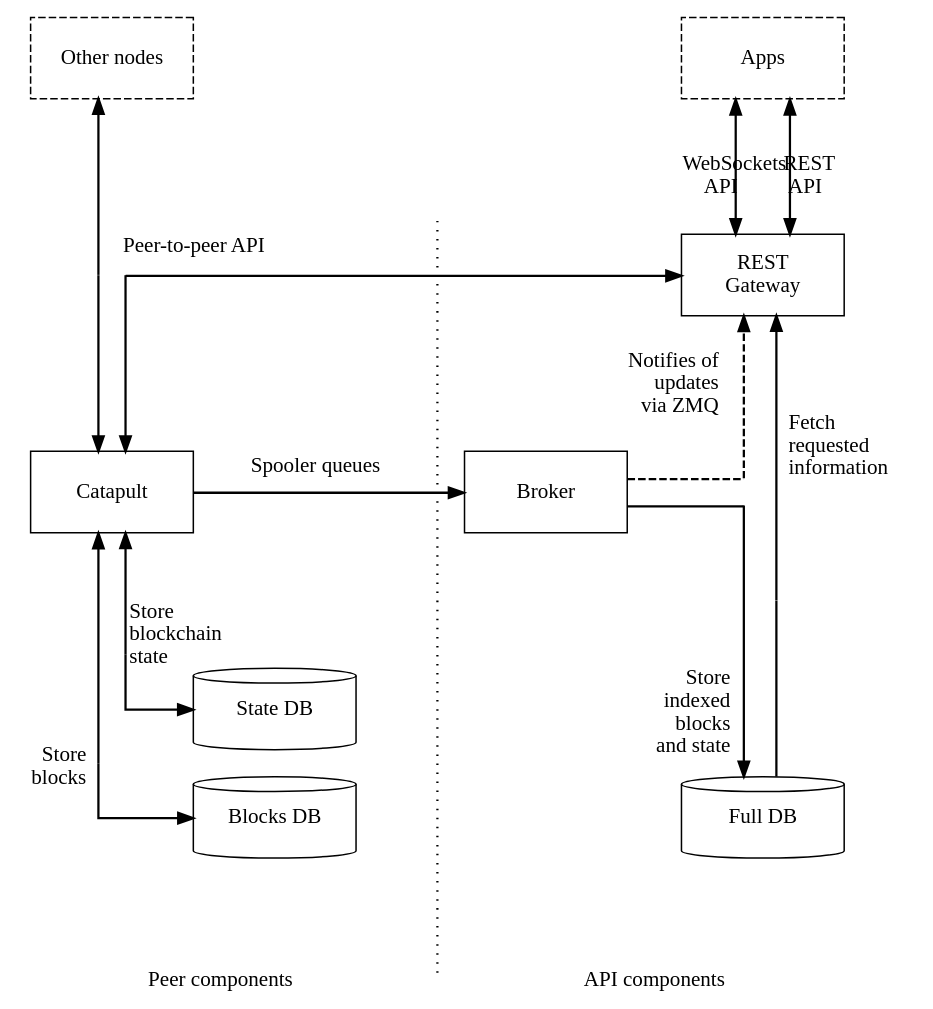
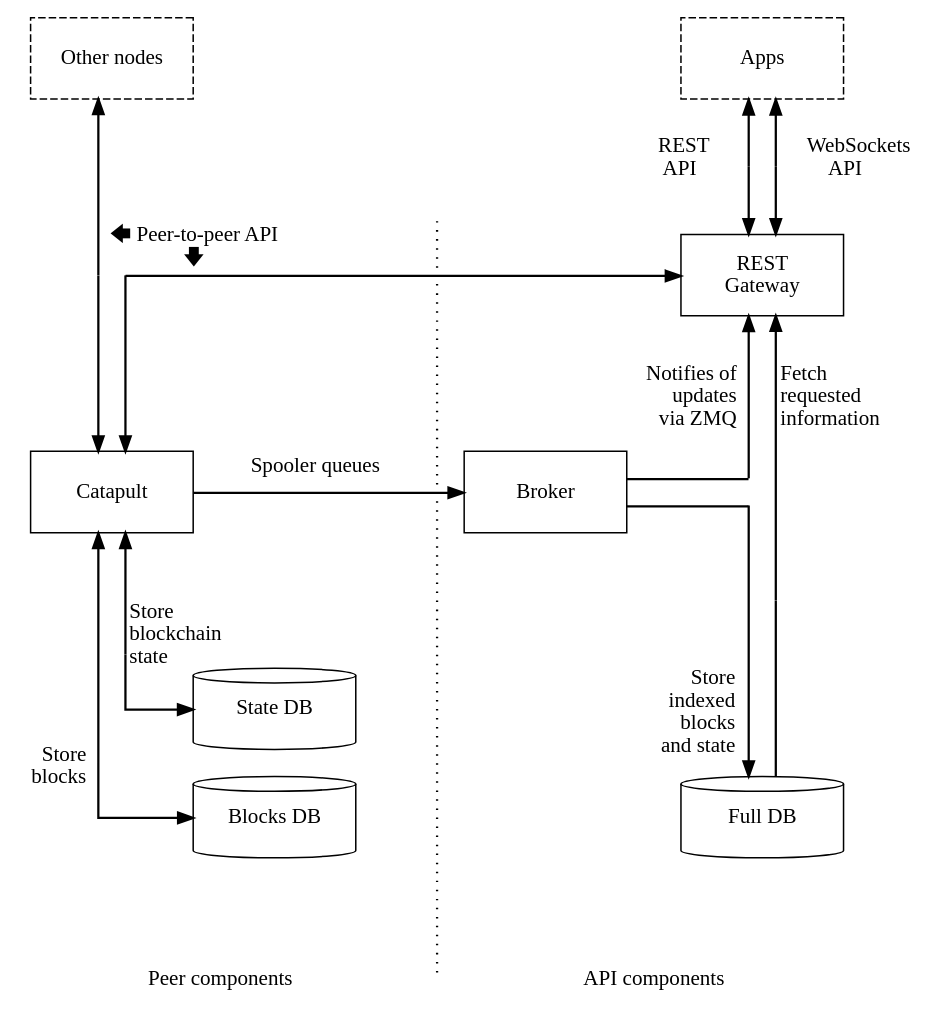
One commit to symbol/symbol changed the first of 2 diagrams in mkdocs/pages/en/textbook/nodes.md. Above: the diagram before and after it, drawn with Graphviz. The commit also changed 1 other file, not shown here.

Commit message:
[mkdocs] fix: reviewer feedback on the textbook

````diff
--- a/mkdocs/pages/en/textbook/nodes.md
+++ b/mkdocs/pages/en/textbook/nodes.md
@@ -21,56 +21,60 @@
 ```dot
 digraph SymbolNode {
     layout=neato;
     splines=ortho;
     node [shape=box width=1.5 height=0.75];
     edge [penwidth=1.5]
 
     // External labels
     OtherNodes [label="Other nodes" style=dashed fillcolor=transparent pos="0,6.5!"];
     Clients    [label="Apps" style=dashed fillcolor=transparent pos="6,6.5!"];
 
     // Core components
     Catapult   [label="Catapult" pos="0,2.5!" URL="#catapult"];
     REST       [label="REST\nGateway" pos="6,4.5!" URL="#rest-gateway"];
     RocksDB    [label="State DB" pos="1.5,0.5!" shape=cylinder URL="#state-database"];
     Disk       [label="Blocks DB" pos="1.5,-0.5!" shape=cylinder URL="#blocks-database"];
     MongoDB    [label="Full DB" pos="6,-0.5!" shape=cylinder URL="#full-database"];
     Broker     [label="Broker" pos="4,2.5!" URL="#broker"];
 
     // Waypoints
     OtherNodesWP [shape=point width=0 pos="-0.125,4.5!"]
     OtherNodesWP2 [shape=point width=0 pos="0.125,4.5!"]
     RocksDBWP  [shape=point width=0 pos="0.125,1!"];
     DiskWP     [shape=point width=0 pos="-0.125,0!"];
-    MongoDBWP  [shape=point width=0 pos="5.825,2.375!"];
-    RESTWP     [shape=point width=0 pos="5.825,2.625!"];
+    MongoDBWP  [shape=point width=0 pos="5.875,2.375!"];
+    RESTWP     [shape=point width=0 pos="5.875,2.625!"];
     RESTWP2    [shape=point width=0 pos="6.125,1.5!"];
+    ClientsWP1 [shape=point width=0 pos="5.875,5.5!"]
+    ClientsWP2 [shape=point width=0 pos="6.125,5.5!"]
 
     // External
-    OtherNodesWP -> Catapult [headlabel="Peer-to-peer API" labelangle=-25 labeldistance=15];
+    OtherNodesWP -> Catapult [headlabel="🡄 Peer-to-peer API\n🡇" labelangle=-25 labeldistance=15];
     OtherNodesWP -> OtherNodes;
-    REST -> Clients [dir=both headlabel="REST\rAPI" labelangle=-50 labeldistance=6];
-    REST -> Clients [dir=both headlabel="WebSockets\rAPI" labelangle=50 labeldistance=6];
+    ClientsWP1 -> Clients [headlabel="REST\rAPI" labelangle=-50 labeldistance=6];
+    ClientsWP1 -> REST;
+    ClientsWP2 -> Clients [headlabel="WebSockets\rAPI" labelangle=50 labeldistance=6];
+    ClientsWP2 -> REST;
 
     // Internal
     OtherNodesWP2 -> REST;
     OtherNodesWP2 -> Catapult;
     Catapult -> RocksDBWP:s [dir=back];
     Catapult -> Broker [headlabel="Spooler queues" labelangle=-10 labeldistance=10];
     RocksDBWP -> RocksDB [headlabel="Store\lblockchain\lstate\l" labelangle=-85 labeldistance=5];
     Catapult -> DiskWP:s [dir=back];
     DiskWP:w -> Disk [headlabel="Store\rblocks\r" labelangle=-20 labeldistance=10];
     Broker -> MongoDBWP [dir=none];
     MongoDBWP:n -> MongoDB [headlabel="Store\rindexed\rblocks\rand state\r" labelangle=45 labeldistance=6];
-    Broker -> RESTWP [dir=none style=dashed];
-    RESTWP -> REST [headlabel="Notifies of\rupdates\rvia ZMQ\r" style=dashed labelangle=-50 labeldistance=7 URL="#zero-mq"];
+    Broker -> RESTWP [dir=none];
+    RESTWP -> REST [headlabel="Notifies of\rupdates\rvia ZMQ\r" labelangle=-40 labeldistance=7 URL="#zero-mq"];
     MongoDB -> RESTWP2 [dir=none];
-    RESTWP2 -> REST [headlabel="Fetch\lrequested\linformation\l" labelangle=30 labeldistance=10];
+    RESTWP2 -> REST [headlabel="Fetch\lrequested\linformation\l" labelangle=40 labeldistance=7];
 
     MidWP1     [shape=point width=0 pos="3,5!"];
     MidWP2     [shape=point width=0 pos="3,-2!"];
     MidWP1 -> MidWP2 [dir=none style=dotted];
     PeerLabel  [label="Peer components" shape=plain pos="1,-2!"]
     RESTLabel  [label="API components" shape=plain pos="5,-2!"]
 }
 ```
````
